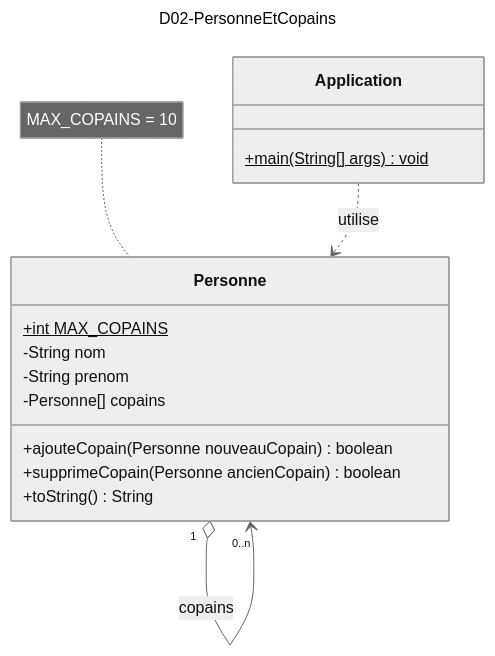
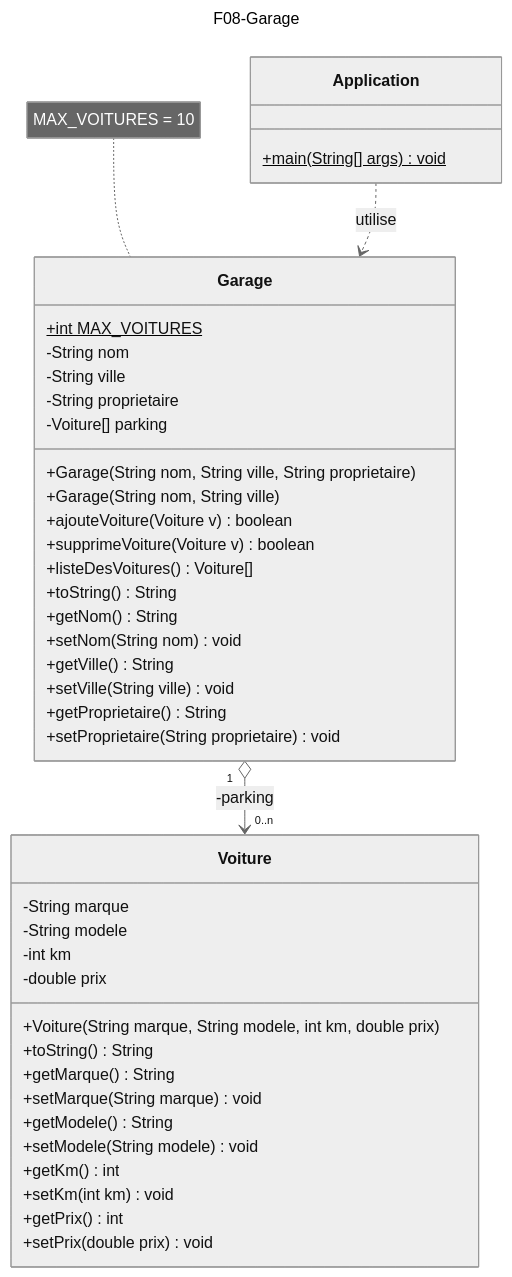
One commit to emf-info-d400/F08-Garage changed the diagram in UML-F08-Garage.md. Above: the diagram before and after it, drawn with Mermaid (neutral theme).

````diff
--- a/UML-F08-Garage.md
+++ b/UML-F08-Garage.md
@@ -3,21 +3,47 @@
 ```mermaid
 ---
-title: D02-PersonneEtCopains
+title: F08-Garage
 ---
 classDiagram
 class Application {
     +main(String[] args)$ void
 }
-class Personne {
-    +int MAX_COPAINS$
+class Voiture {
+    -String marque
+    -String modele
+    -int km
+    -double prix
+    +Voiture(String marque, String modele, int km, double prix)
+    +toString() String
+    +getMarque() String
+    +setMarque(String marque) void
+    +getModele() String
+    +setModele(String modele) void
+    +getKm() int
+    +setKm(int km) void
+    +getPrix() int
+    +setPrix(double prix) void
+}
+class Garage {
+    +int MAX_VOITURES$
     -String nom
-    -String prenom
-    -Personne[] copains
-    +ajouteCopain(Personne nouveauCopain) boolean
-    +supprimeCopain(Personne ancienCopain) boolean
+    -String ville
+    -String proprietaire
+    -Voiture[] parking
+    +Garage(String nom, String ville, String proprietaire)
+    +Garage(String nom, String ville)
+    +ajouteVoiture(Voiture v) boolean
+    +supprimeVoiture(Voiture v) boolean
+    +listeDesVoitures() Voiture[]
     +toString() String
+    +getNom() String
+    +setNom(String nom) void
+    +getVille() String
+    +setVille(String ville) void
+    +getProprietaire() String
+    +setProprietaire(String proprietaire) void
 }
-note for Personne "MAX_COPAINS = 10"
-Personne "1" o--> "0..n" Personne : copains
-Application ..> Personne : utilise
+note for Garage "MAX_VOITURES = 10"
+Garage "1" o--> "0..n" Voiture : -parking
+Application ..> Garage : utilise
 ```
````
